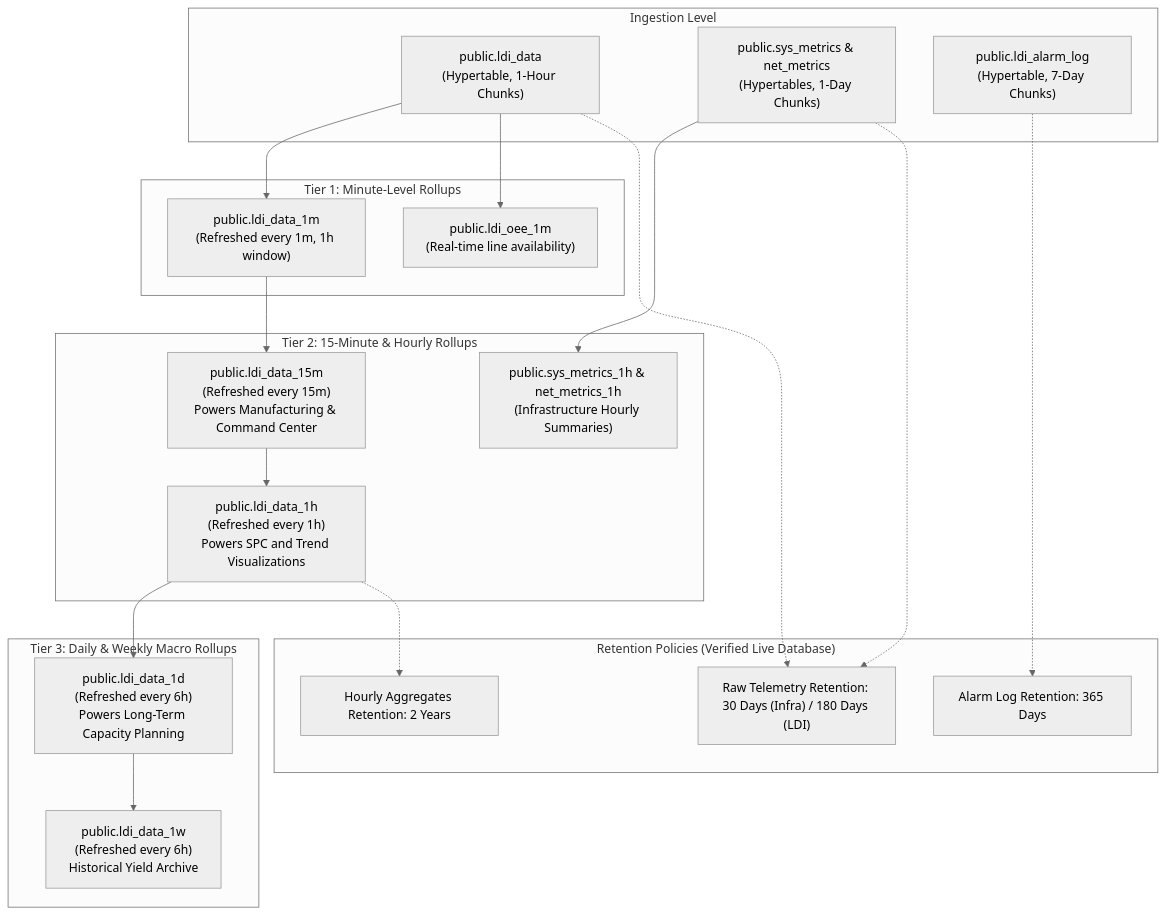
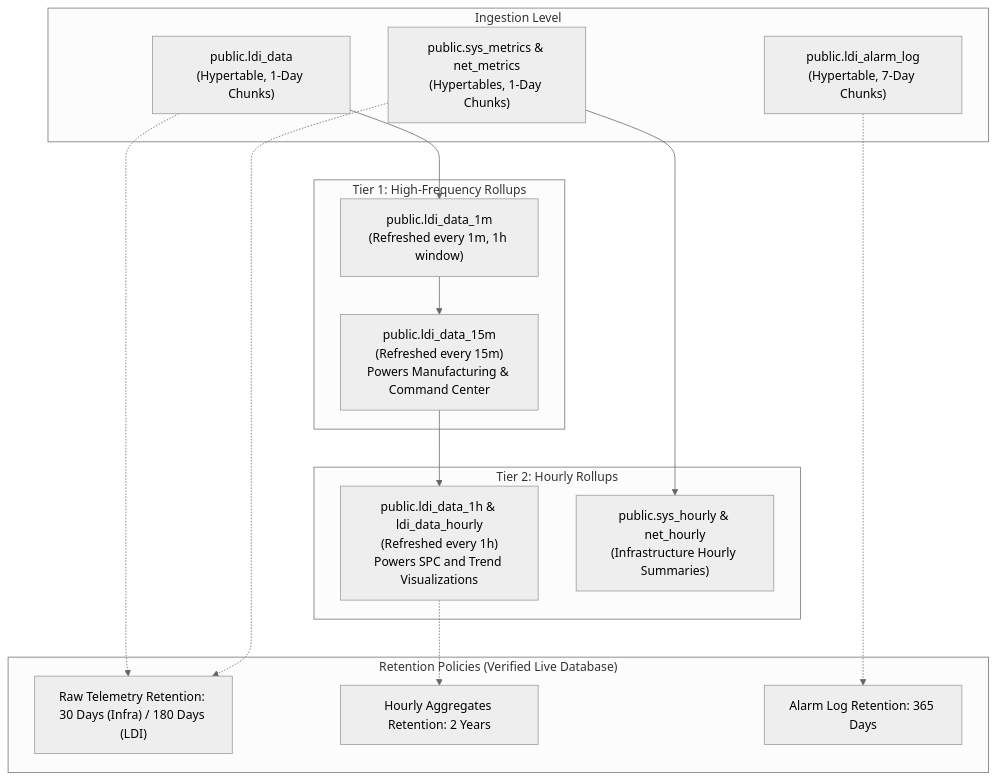
The seventh of 8 diagrams in docs/architecture/ARCHITECTURE_DIAGRAM.md (PATTANAKORN025/IMS), drawn with Mermaid (neutral theme) before and after one commit. The commit also changed other lines of this file and 32 other files, not shown here.

First line of the commit message:
docs: align core documentation with live architecture, v2 schema and 22 dashboards

````diff
--- a/docs/architecture/ARCHITECTURE_DIAGRAM.md
+++ b/docs/architecture/ARCHITECTURE_DIAGRAM.md
@@ -314,39 +314,32 @@
 ```mermaid
 flowchart TD
   subgraph Ingestion ["Ingestion Level"]
-    RAW_LDI["public.ldi_data\n(Hypertable, 1-Hour Chunks)"]
+    RAW_LDI["public.ldi_data\n(Hypertable, 1-Day Chunks)"]
     RAW_INFRA["public.sys_metrics & net_metrics\n(Hypertables, 1-Day Chunks)"]
     RAW_ALARM["public.ldi_alarm_log\n(Hypertable, 7-Day Chunks)"]
   end
 
-  subgraph CAGG_Tier1 ["Tier 1: Minute-Level Rollups"]
+  subgraph CAGG_Tier1 ["Tier 1: High-Frequency Rollups"]
     CAGG_1M["public.ldi_data_1m\n(Refreshed every 1m, 1h window)"]
-    CAGG_OEE_1M["public.ldi_oee_1m\n(Real-time line availability)"]
+    CAGG_15M["public.ldi_data_15m\n(Refreshed every 15m)\nPowers Manufacturing & Command Center"]
   end
 
-  subgraph CAGG_Tier2 ["Tier 2: 15-Minute & Hourly Rollups"]
-    CAGG_15M["public.ldi_data_15m\n(Refreshed every 15m)\nPowers Manufacturing & Command Center"]
-    CAGG_1H["public.ldi_data_1h\n(Refreshed every 1h)\nPowers SPC and Trend Visualizations"]
-    INFRA_1H["public.sys_metrics_1h & net_metrics_1h\n(Infrastructure Hourly Summaries)"]
-  end
-
-  subgraph CAGG_Tier3 ["Tier 3: Daily & Weekly Macro Rollups"]
-    CAGG_1D["public.ldi_data_1d\n(Refreshed every 6h)\nPowers Long-Term Capacity Planning"]
-    CAGG_1W["public.ldi_data_1w\n(Refreshed every 6h)\nHistorical Yield Archive"]
+  subgraph CAGG_Tier2 ["Tier 2: Hourly Rollups"]
+    CAGG_1H["public.ldi_data_1h & ldi_data_hourly\n(Refreshed every 1h)\nPowers SPC and Trend Visualizations"]
+    INFRA_HOURLY["public.sys_hourly & net_hourly\n(Infrastructure Hourly Summaries)"]
   end
 
   subgraph Retention ["Retention Policies (Verified Live Database)"]
     RET_RAW["Raw Telemetry Retention: 30 Days (Infra) / 180 Days (LDI)"]
     RET_HOURLY["Hourly Aggregates Retention: 2 Years"]
     RET_ALARM["Alarm Log Retention: 365 Days"]
   end
 
-  RAW_LDI --> CAGG_1M --> CAGG_15M --> CAGG_1H --> CAGG_1D --> CAGG_1W
-  RAW_LDI --> CAGG_OEE_1M
-  RAW_INFRA --> INFRA_1H
+  RAW_LDI --> CAGG_1M --> CAGG_15M --> CAGG_1H
+  RAW_INFRA --> INFRA_HOURLY
 
   RAW_LDI -.-> RET_RAW
   RAW_INFRA -.-> RET_RAW
   RAW_ALARM -.-> RET_ALARM
   CAGG_1H -.-> RET_HOURLY
 ```
````
